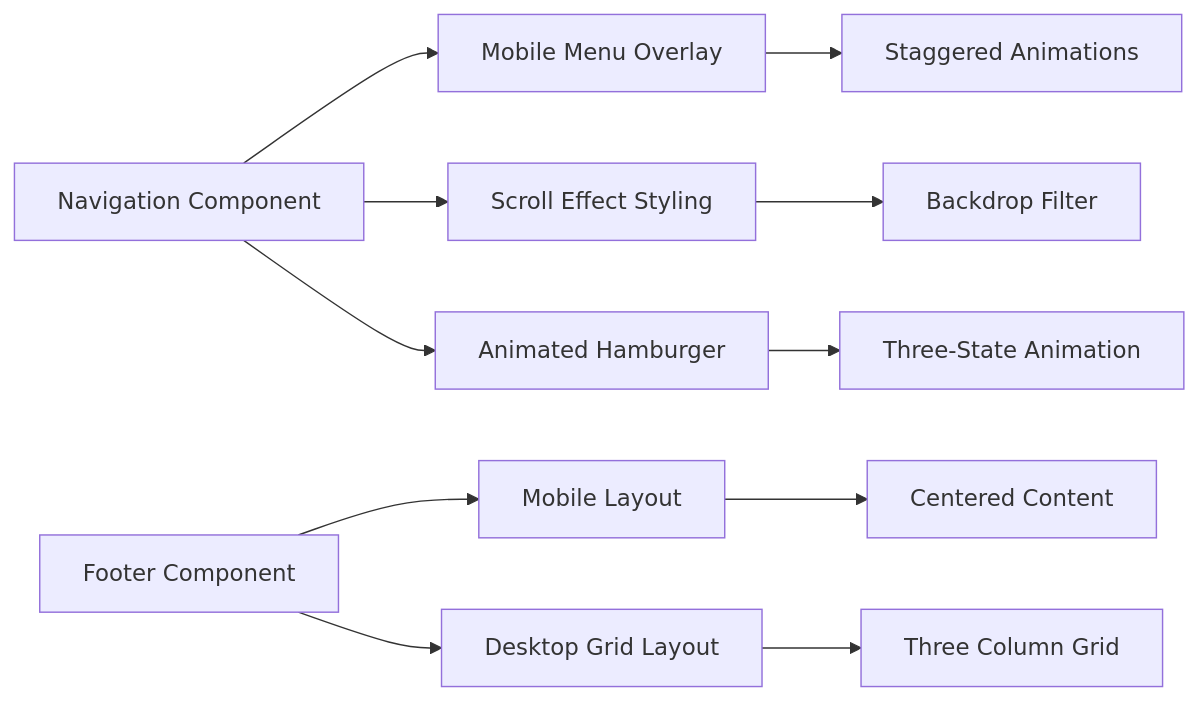
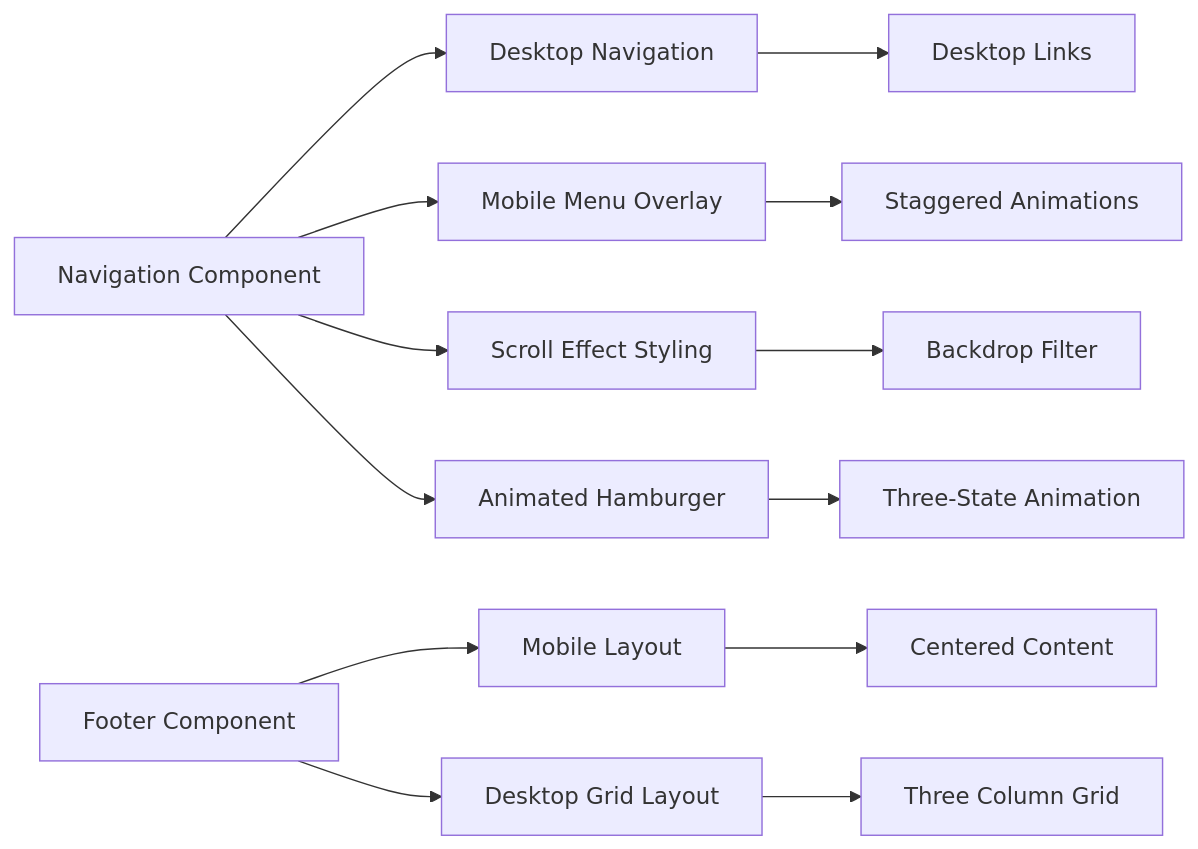
Before and after one commit to rakeshmaity271/frankie-picasso: the third of 13 diagrams in .qoder/repowiki/en/content/Application Architecture.md, drawn with Mermaid. The commit also changed other lines of this file and 20 other files, not shown here.

````diff
--- a/.qoder/repowiki/en/content/Application Architecture.md
+++ b/.qoder/repowiki/en/content/Application Architecture.md
@@ -252,13 +206,15 @@
 ```mermaid
 graph LR
-Nav["Navigation Component"] --> MobileMenu["Mobile Menu Overlay"]
+Nav["Navigation Component"] --> DesktopNav["Desktop Navigation"]
+Nav --> MobileMenu["Mobile Menu Overlay"]
 Nav --> ScrollEffect["Scroll Effect Styling"]
 Nav --> Hamburger["Animated Hamburger"]
+DesktopNav --> DesktopLinks["Desktop Links"]
 MobileMenu --> Staggered["Staggered Animations"]
 ScrollEffect --> BackdropFilter["Backdrop Filter"]
 Hamburger --> ThreeState["Three-State Animation"]
 Footer["Footer Component"] --> MobileLayout["Mobile Layout"]
 Footer --> DesktopLayout["Desktop Grid Layout"]
 MobileLayout --> Centered["Centered Content"]
 DesktopLayout --> ThreeColumn["Three Column Grid"]
 ```
````
